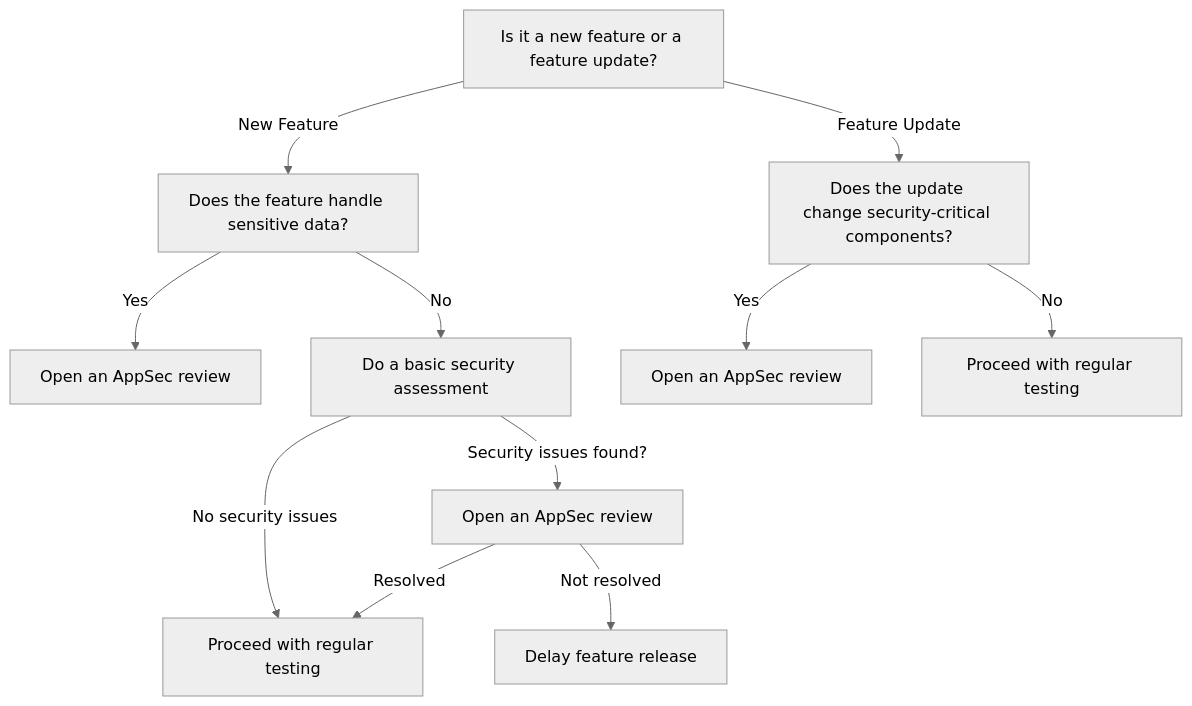
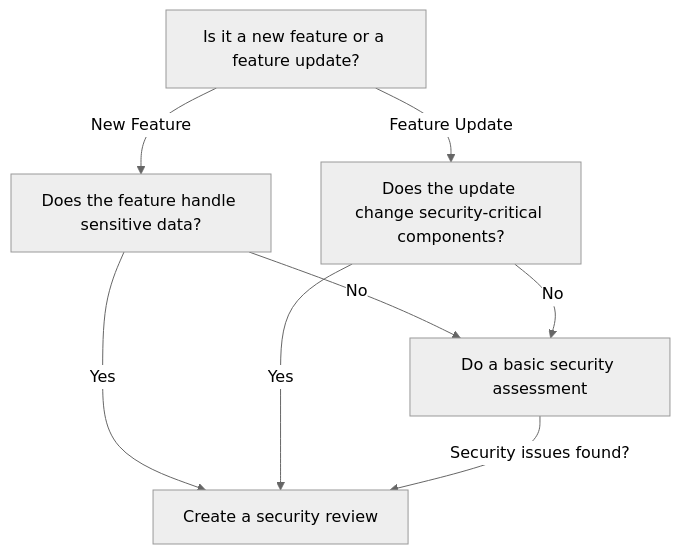
The fourth of 4 diagrams in DESIGN_DOCUMENT_TEMPLATE.md (opensearch-project/security), drawn with Mermaid (neutral theme) before and after one commit. The commit also changed other lines of this file and 1 other file, not shown here.

````diff
--- a/DESIGN_DOCUMENT_TEMPLATE.md
+++ b/DESIGN_DOCUMENT_TEMPLATE.md
@@ -127,13 +131,10 @@
 ```mermaid
 graph TD
   A[Is it a new feature or a feature update?] -->|New Feature| B[Does the feature handle sensitive data?]
   A -->|Feature Update| C[Does the update change security-critical components?]
-  B -->|Yes| D[Open an AppSec review]
+  B -->|Yes| D[Create a security review]
   B -->|No| E[Do a basic security assessment]
-  C -->|Yes| F[Open an AppSec review]
-  C -->|No| G[Proceed with regular testing]
-  E -->|Security issues found?| H[Open an AppSec review]
-  E -->|No security issues| I[Proceed with regular testing]
-  H -->|Resolved| I
-  H -->|Not resolved| J[Delay feature release]
+  C -->|Yes| D[Create a security review]
+  C -->|No| E[Do a basic security assessment]
+  E -->|Security issues found?| D[Create a security review]
 ```
````
